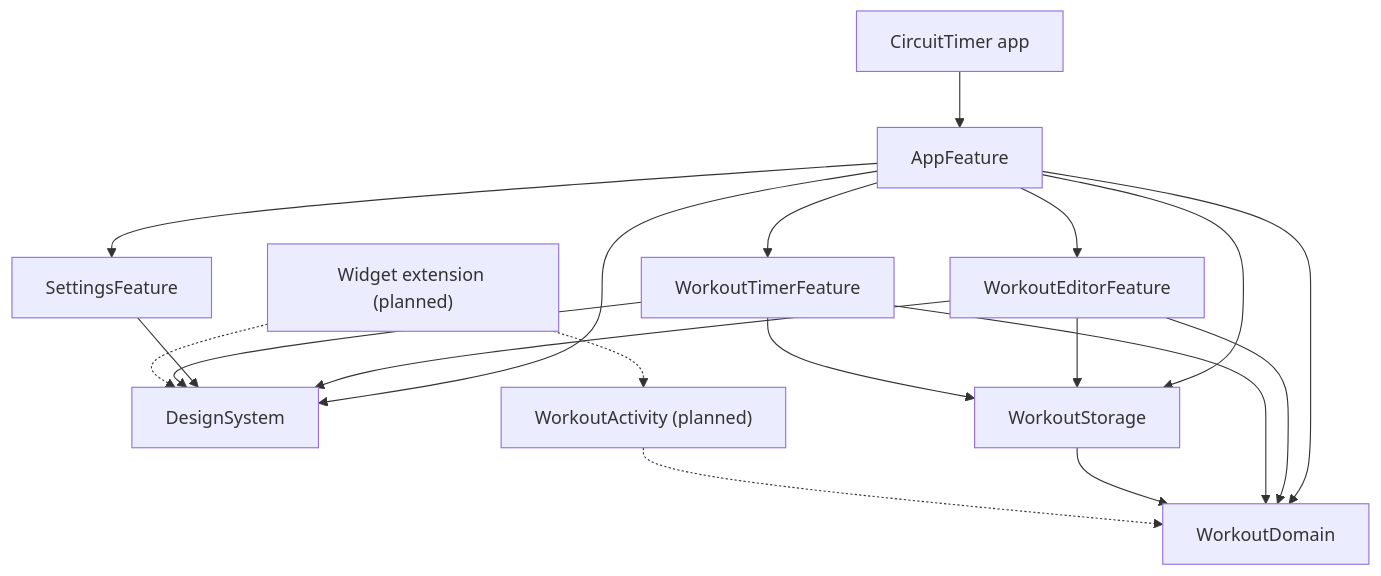
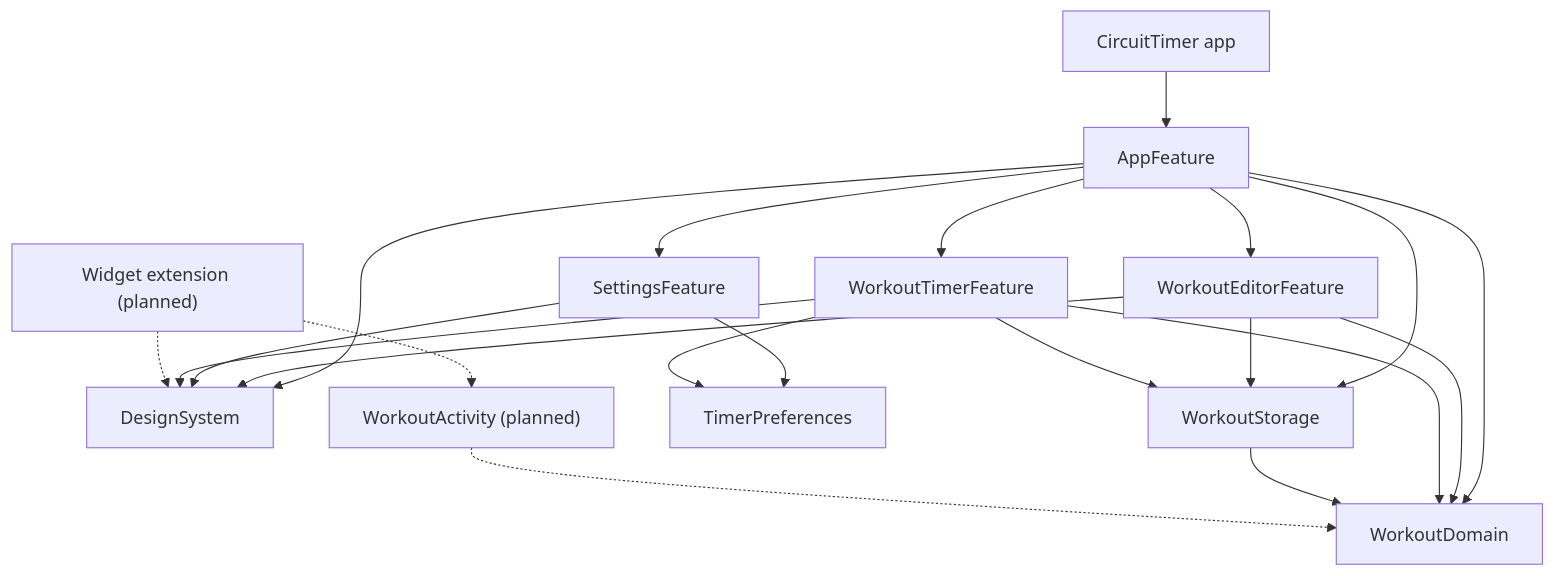
The diagram in README.md (akrementsov/CircuitTimer), drawn with Mermaid before and after one commit. The commit also changed other lines of this file and 54 other files, not shown here.

Commit message:
CT-3-4: Add foreground workout signals and timer settings (#15)

````diff
--- a/README.md
+++ b/README.md
@@ -22,21 +22,23 @@
 ```mermaid
 graph TD
     App["CircuitTimer app"] --> AppFeature
     AppFeature --> DesignSystem
     AppFeature --> WorkoutStorage
     AppFeature --> WorkoutDomain
     AppFeature --> WorkoutEditorFeature
     AppFeature --> SettingsFeature
     AppFeature --> WorkoutTimerFeature
     WorkoutEditorFeature --> DesignSystem
     WorkoutEditorFeature --> WorkoutStorage
     WorkoutEditorFeature --> WorkoutDomain
+    SettingsFeature --> TimerPreferences
+    WorkoutTimerFeature --> TimerPreferences
     SettingsFeature --> DesignSystem
     WorkoutTimerFeature --> DesignSystem
     WorkoutTimerFeature --> WorkoutDomain
     WorkoutTimerFeature --> WorkoutStorage
     WorkoutStorage --> WorkoutDomain
     Widget["Widget extension (planned)"] -.-> WorkoutActivity["WorkoutActivity (planned)"]
     Widget -.-> DesignSystem
     WorkoutActivity -.-> WorkoutDomain
 ```
````
